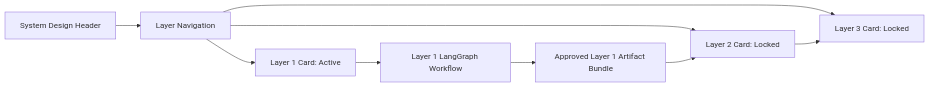
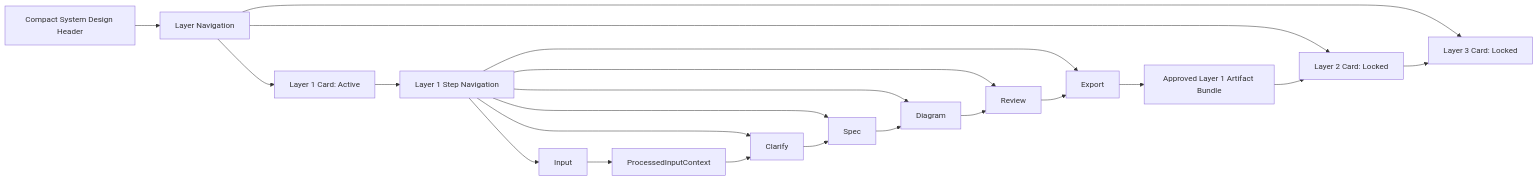
The eighth of 19 diagrams in Docs/system-design-detailed-plan.md (ProductMasterz/Mujarrad-Frontend), drawn with Mermaid before and after one commit. The commit also changed other lines of this file and 18 other files, not shown here.

Commit message:
Add system design input pipeline

````diff
--- a/Docs/system-design-detailed-plan.md
+++ b/Docs/system-design-detailed-plan.md
@@ -984,14 +1138,27 @@
 ```mermaid
 flowchart LR
-    A[System Design Header] --> B[Layer Navigation]
+    A[Compact System Design Header] --> B[Layer Navigation]
 
     B --> C[Layer 1 Card: Active]
     B --> D[Layer 2 Card: Locked]
     B --> E[Layer 3 Card: Locked]
 
-    C --> F[Layer 1 LangGraph Workflow]
-    F --> G[Approved Layer 1 Artifact Bundle]
+    C --> F[Layer 1 Step Navigation]
+    F --> G[Input]
+    F --> H[Clarify]
+    F --> I[Spec]
+    F --> J[Diagram]
+    F --> K[Review]
+    F --> L[Export]
 
-    G --> D
+    G --> M[ProcessedInputContext]
+    M --> H
+    H --> I
+    I --> J
+    J --> K
+    K --> L
+
+    L --> N[Approved Layer 1 Artifact Bundle]
+    N --> D
     D --> E
 ```
````
